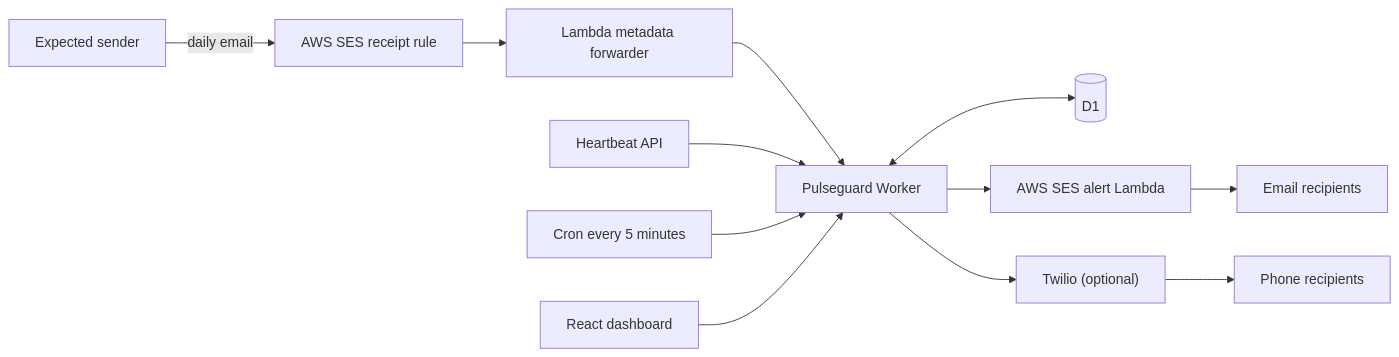
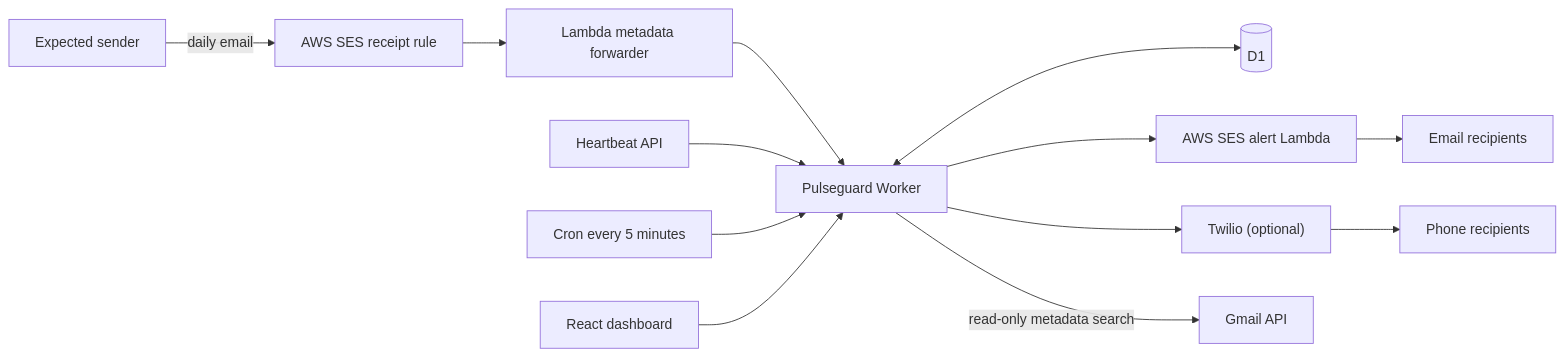
Before and after one commit to the-jolly-green-bryant/pulseguard: the diagram in docs/architecture.md, drawn with Mermaid. The commit also changed other lines of this file and 11 other files, not shown here.

````diff
--- a/docs/architecture.md
+++ b/docs/architecture.md
@@ -5,14 +5,15 @@
 ```mermaid
 flowchart LR
   S["Expected sender"] -->|daily email| ER["Cloudflare Email Routing"]
   ER["AWS SES receipt rule"] --> L["Lambda metadata forwarder"]
   L --> W["Pulseguard Worker"]
   API["Heartbeat API"] --> W
   C["Cron every 5 minutes"] --> W
   W <--> D[("D1")]
   W --> R["AWS SES alert Lambda"]
   W --> T["Twilio (optional)"]
   R --> E["Email recipients"]
   T --> P["Phone recipients"]
   B["React dashboard"] --> W
+  W -->|"read-only metadata search"| G["Gmail API"]
 ```
````
